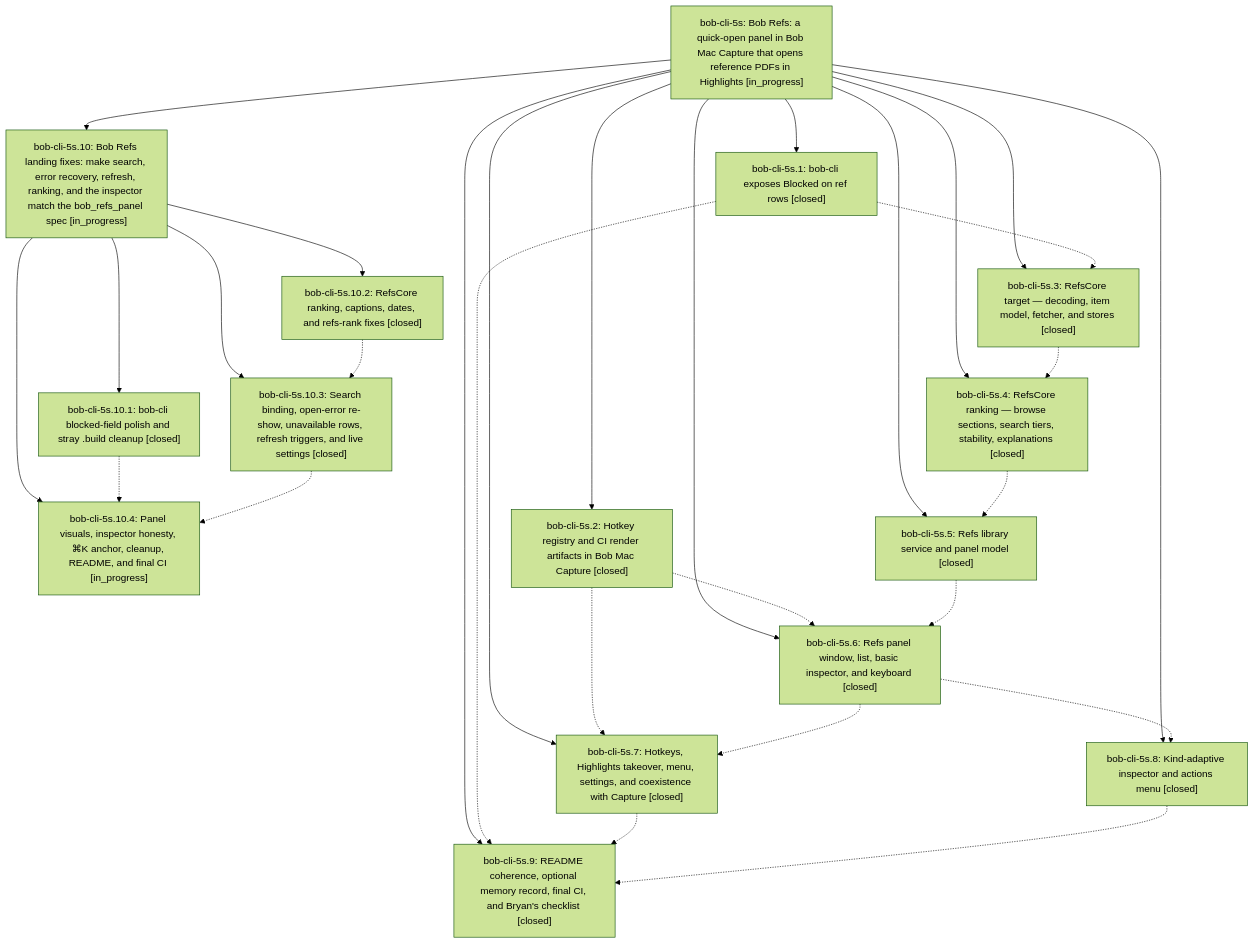
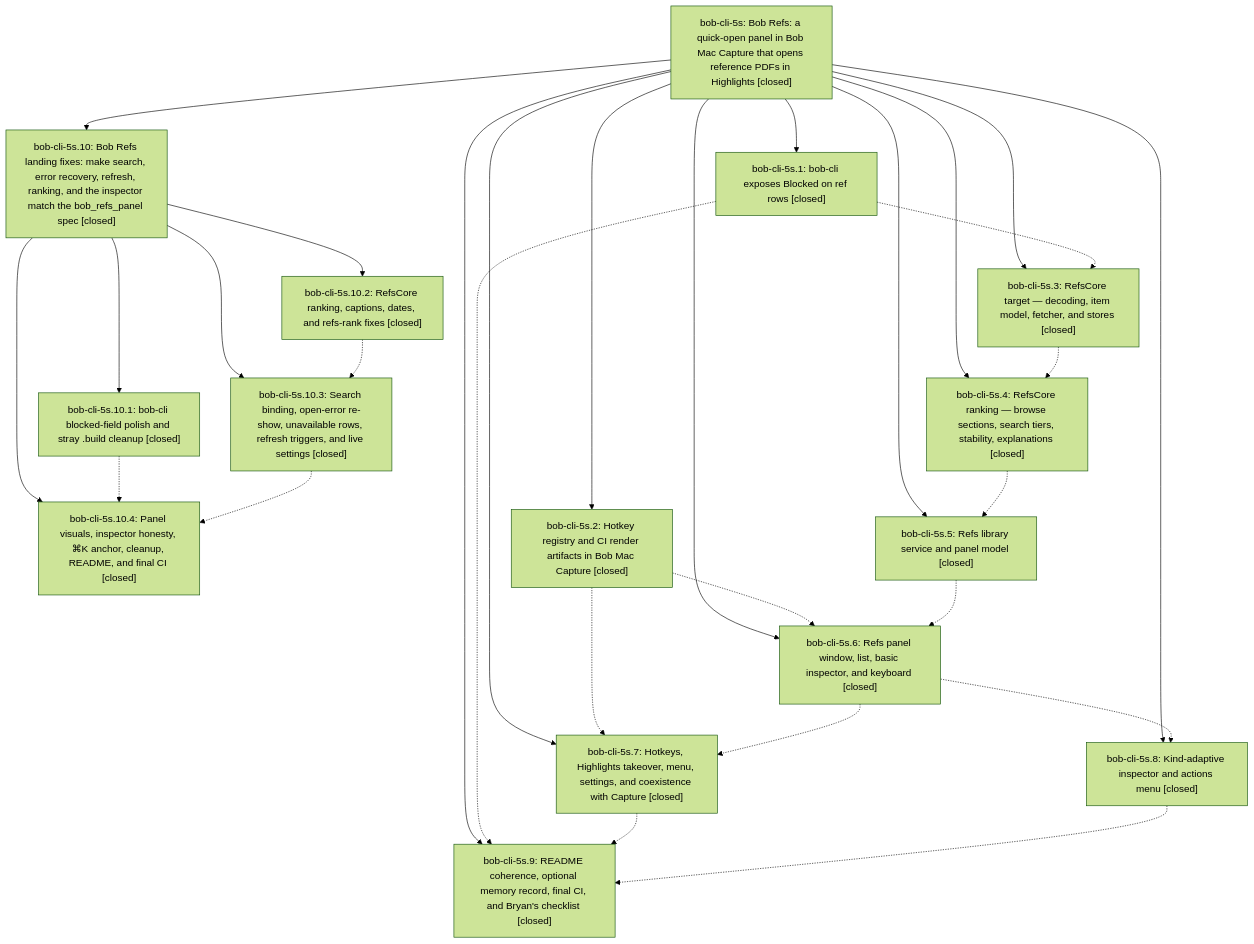
Before and after one commit to bobs-org/bob-cli--beads: the diagram in pages/bob-cli-5s/README.md, drawn with Mermaid (forest theme). The commit also changed other lines of this file and 4 other files, not shown here.

First line of the commit message:
chore(beads): sync bead state and pages for bob-cli-5s

````diff
--- a/pages/bob-cli-5s/README.md
+++ b/pages/bob-cli-5s/README.md
@@ -50,46 +52,46 @@
 ```mermaid
 flowchart TD
-    n0["bob-cli-5s: Bob Refs: a quick-open panel in Bob Mac Capture that opens reference PDFs in Highlights [in_progress]"]
+    n0["bob-cli-5s: Bob Refs: a quick-open panel in Bob Mac Capture that opens reference PDFs in Highlights [closed]"]
     n1["bob-cli-5s.1: bob-cli exposes Blocked on ref rows [closed]"]
-    n2["bob-cli-5s.10: Bob Refs landing fixes: make search, error recovery, refresh, ranking, and the inspector match the bob_refs_panel spec [in_progress]"]
+    n2["bob-cli-5s.10: Bob Refs landing fixes: make search, error recovery, refresh, ranking, and the inspector match the bob_refs_panel spec [closed]"]
     n3["bob-cli-5s.10.1: bob-cli blocked-field polish and stray .build cleanup [closed]"]
     n4["bob-cli-5s.10.2: RefsCore ranking, captions, dates, and refs-rank fixes [closed]"]
     n5["bob-cli-5s.10.3: Search binding, open-error re-show, unavailable rows, refresh triggers, and live settings [closed]"]
-    n6["bob-cli-5s.10.4: Panel visuals, inspector honesty, ⌘K anchor, cleanup, README, and final CI [in_progress]"]
+    n6["bob-cli-5s.10.4: Panel visuals, inspector honesty, ⌘K anchor, cleanup, README, and final CI [closed]"]
     n7["bob-cli-5s.2: Hotkey registry and CI render artifacts in Bob Mac Capture [closed]"]
     n8["bob-cli-5s.3: RefsCore target — decoding, item model, fetcher, and stores [closed]"]
     n9["bob-cli-5s.4: RefsCore ranking — browse sections, search tiers, stability, explanations [closed]"]
     n10["bob-cli-5s.5: Refs library service and panel model [closed]"]
     n11["bob-cli-5s.6: Refs panel window, list, basic inspector, and keyboard [closed]"]
     n12["bob-cli-5s.7: Hotkeys, Highlights takeover, menu, settings, and coexistence with Capture [closed]"]
     n13["bob-cli-5s.8: Kind-adaptive inspector and actions menu [closed]"]
     n14["bob-cli-5s.9: README coherence, optional memory record, final CI, and Bryan's checklist [closed]"]
     n0 --> n1
     n0 --> n2
     n2 --> n3
     n2 --> n4
     n2 --> n5
     n2 --> n6
     n0 --> n7
     n0 --> n8
     n0 --> n9
     n0 --> n10
     n0 --> n11
     n0 --> n12
     n0 --> n13
     n0 --> n14
     n1 -.-> n8
     n1 -.-> n14
     n3 -.-> n6
     n4 -.-> n5
     n5 -.-> n6
     n7 -.-> n11
     n7 -.-> n12
     n8 -.-> n9
     n9 -.-> n10
     n10 -.-> n11
     n11 -.-> n12
     n11 -.-> n13
     n12 -.-> n14
     n13 -.-> n14
 ```
````
